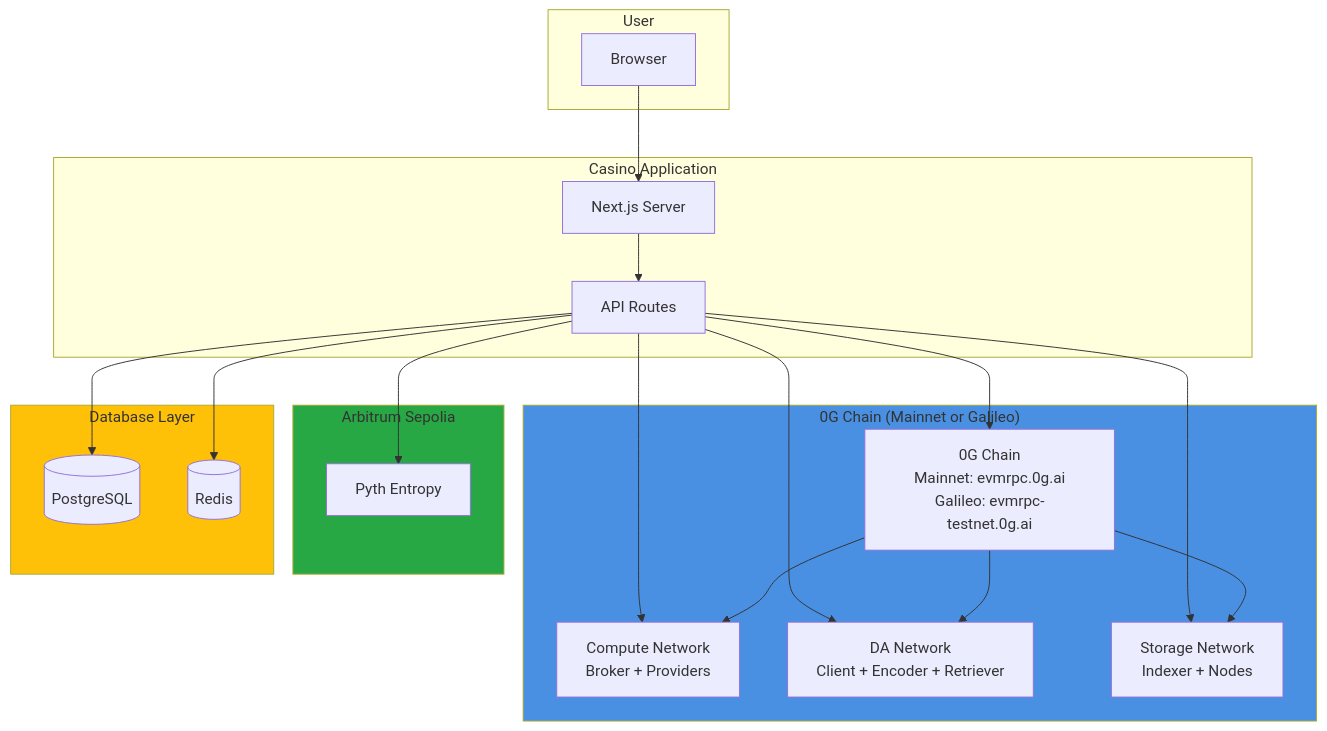
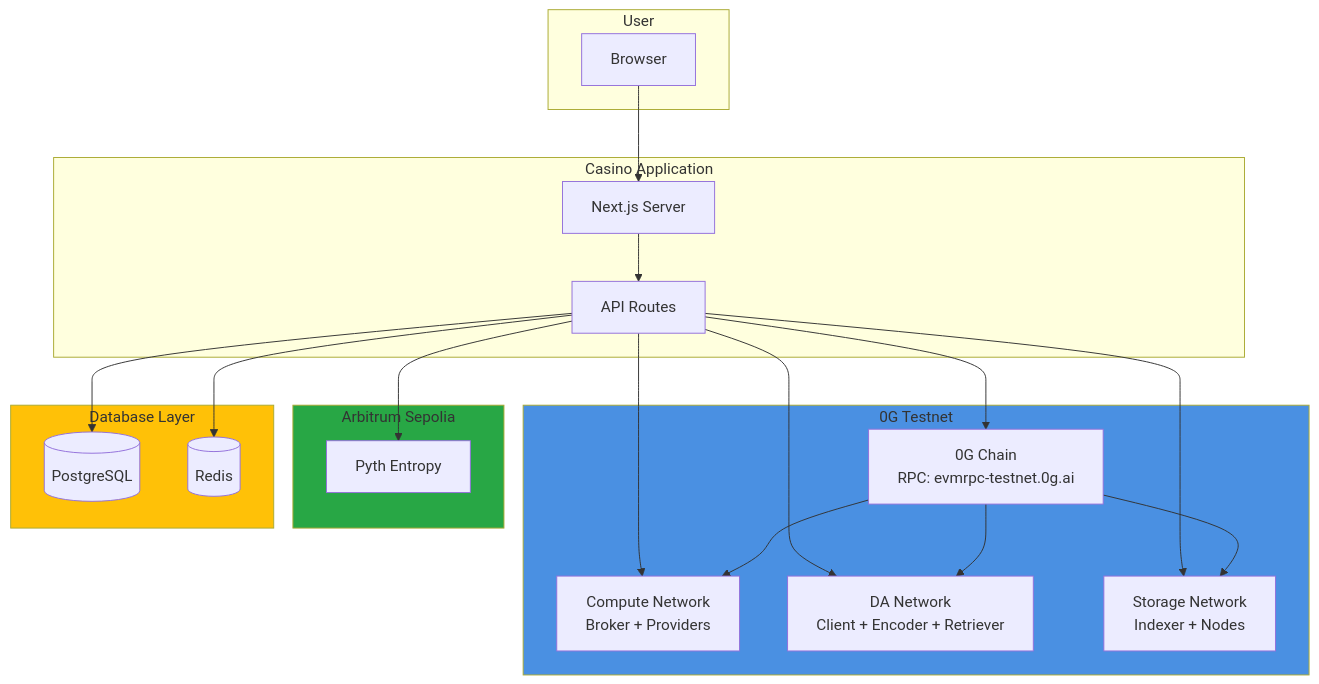
Before and after one commit to AmaanSayyad/APT-Casino-0g: the seventh of 9 diagrams in 0G_INTEGRATION_ARCHITECTURE.md, drawn with Mermaid. The commit also changed other lines of this file and 49 other files, not shown here.

````diff
--- a/0G_INTEGRATION_ARCHITECTURE.md
+++ b/0G_INTEGRATION_ARCHITECTURE.md
@@ -307,46 +306,46 @@
 ```mermaid
 graph TB
     subgraph User["User"]
         Browser[Browser]
     end
 
     subgraph App["Casino Application"]
         NextJS[Next.js Server]
         API[API Routes]
     end
 
-    subgraph OGChain["0G Chain (Mainnet or Galileo)"]
-        Chain[0G Chain<br/>Mainnet: evmrpc.0g.ai<br/>Galileo: evmrpc-testnet.0g.ai]
+    subgraph OGTestnet["0G Testnet"]
+        Chain[0G Chain<br/>RPC: evmrpc-testnet.0g.ai]
         ComputeNet[Compute Network<br/>Broker + Providers]
         DANet[DA Network<br/>Client + Encoder + Retriever]
         StorageNet[Storage Network<br/>Indexer + Nodes]
     end
 
     subgraph Arbitrum["Arbitrum Sepolia"]
         Pyth[Pyth Entropy]
     end
 
     subgraph Database["Database Layer"]
         PG[(PostgreSQL)]
         Redis[(Redis)]
     end
 
     Browser --> NextJS
     NextJS --> API
     
     API --> Chain
     API --> ComputeNet
     API --> DANet
     API --> StorageNet
     API --> Pyth
     API --> PG
     API --> Redis
 
     Chain --> ComputeNet
     Chain --> DANet
     Chain --> StorageNet
 
-    style OGChain fill:#4a90e2
+    style OGTestnet fill:#4a90e2
     style Arbitrum fill:#28a745
     style Database fill:#ffc107
 ```
````
